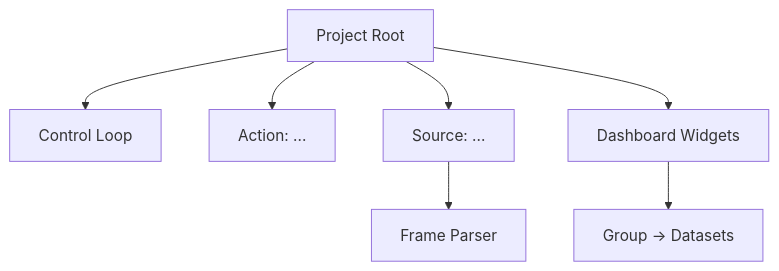
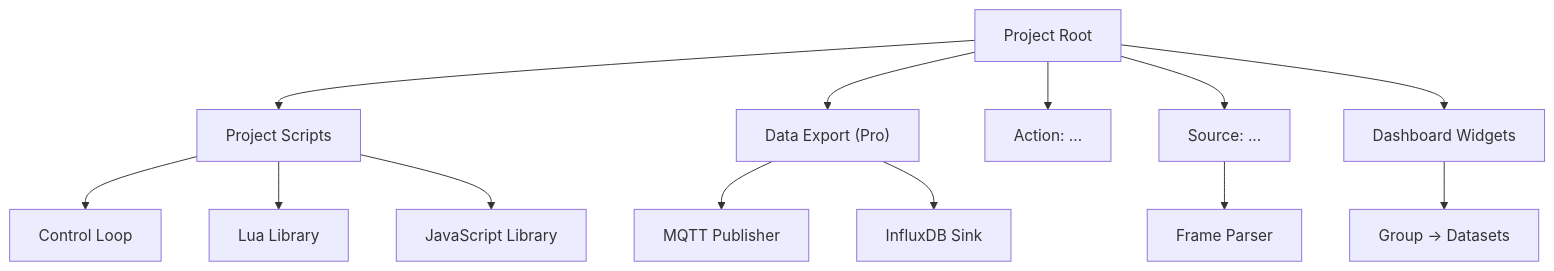
Before and after one commit to Serial-Studio/Serial-Studio: the first of 2 diagrams in doc/help/Project-Editor.md, drawn with Mermaid. The commit also changed other lines of this file and 355 other files, not shown here.

````diff
--- a/doc/help/Project-Editor.md
+++ b/doc/help/Project-Editor.md
@@ -13,10 +13,16 @@
 ```mermaid
 flowchart TD
     Root["Project Root"]
-    Root --> CL["Control Loop"]
+    Root --> PS["Project Scripts"]
+    PS --> CL["Control Loop"]
+    PS --> LL["Lua Library"]
+    PS --> JL["JavaScript Library"]
+    Root --> DE["Data Export (Pro)"]
+    DE --> MQ["MQTT Publisher"]
+    DE --> IF["InfluxDB Sink"]
     Root --> A["Action: ..."]
     Root --> S["Source: ..."]
     Root --> DW["Dashboard Widgets"]
     S --> FP["Frame Parser"]
     DW --> G["Group → Datasets"]
 ```
````
